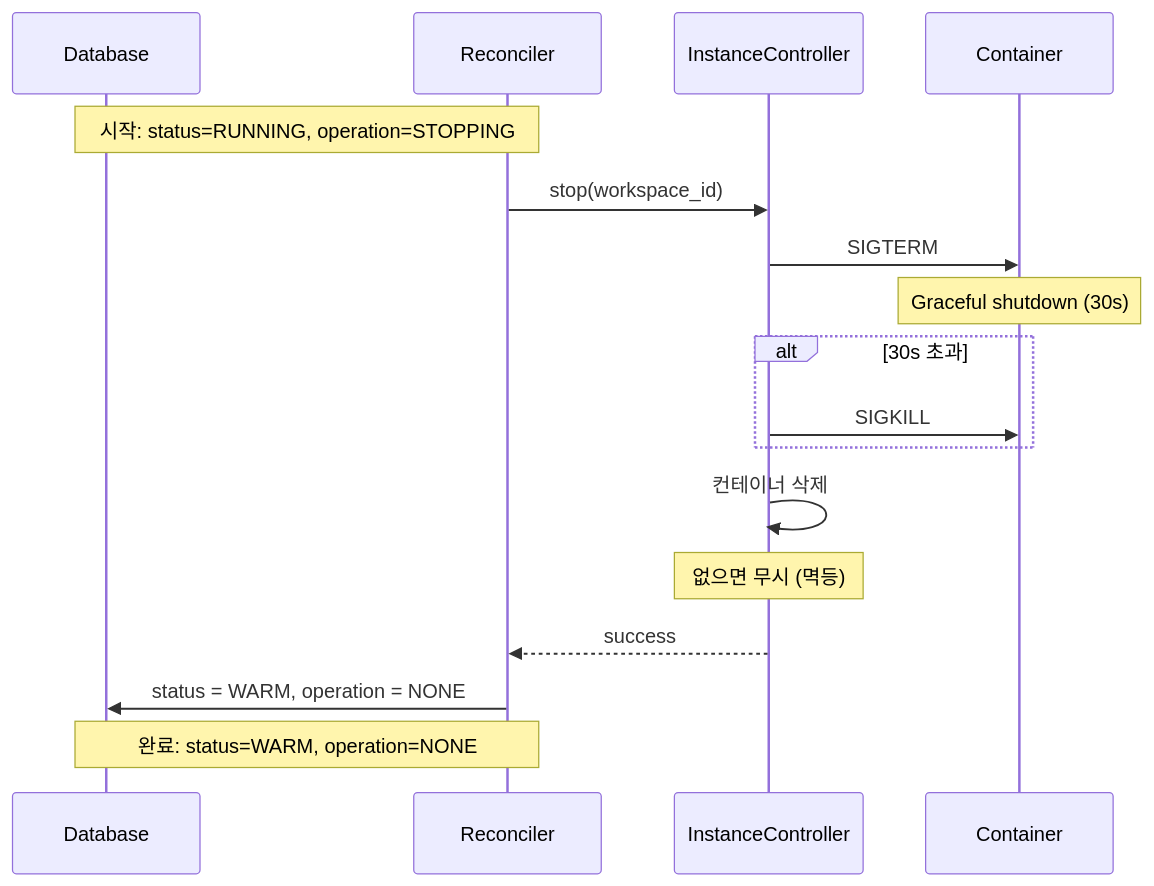
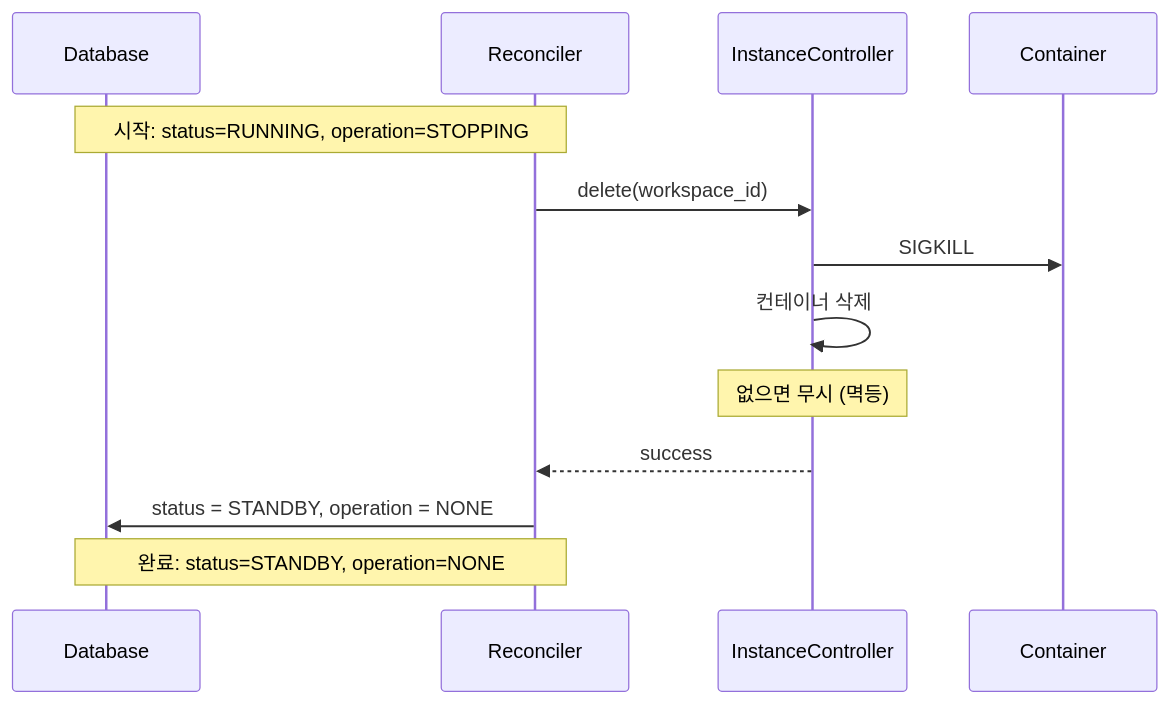
One commit to cagojeiger/code-hub changed the third of 4 diagrams in docs/spec_v2/instance.md. Above: the diagram before and after it, drawn with Mermaid. The commit also changed other lines of this file and 11 other files, not shown here.

````diff
--- a/docs/spec_v2/instance.md
+++ b/docs/spec_v2/instance.md
@@ -255,21 +344,17 @@
 ```mermaid
 sequenceDiagram
     participant DB as Database
     participant R as Reconciler
     participant I as InstanceController
     participant C as Container
 
     Note over DB,R: 시작: status=RUNNING, operation=STOPPING
-    R->>I: stop(workspace_id)
-    I->>C: SIGTERM
-    Note over C: Graceful shutdown (30s)
-    alt 30s 초과
-        I->>C: SIGKILL
-    end
+    R->>I: delete(workspace_id)
+    I->>C: SIGKILL
     I->>I: 컨테이너 삭제
     Note over I: 없으면 무시 (멱등)
     I-->>R: success
 
-    R->>DB: status = WARM, operation = NONE
-    Note over DB,R: 완료: status=WARM, operation=NONE
+    R->>DB: status = STANDBY, operation = NONE
+    Note over DB,R: 완료: status=STANDBY, operation=NONE
 ```
````
